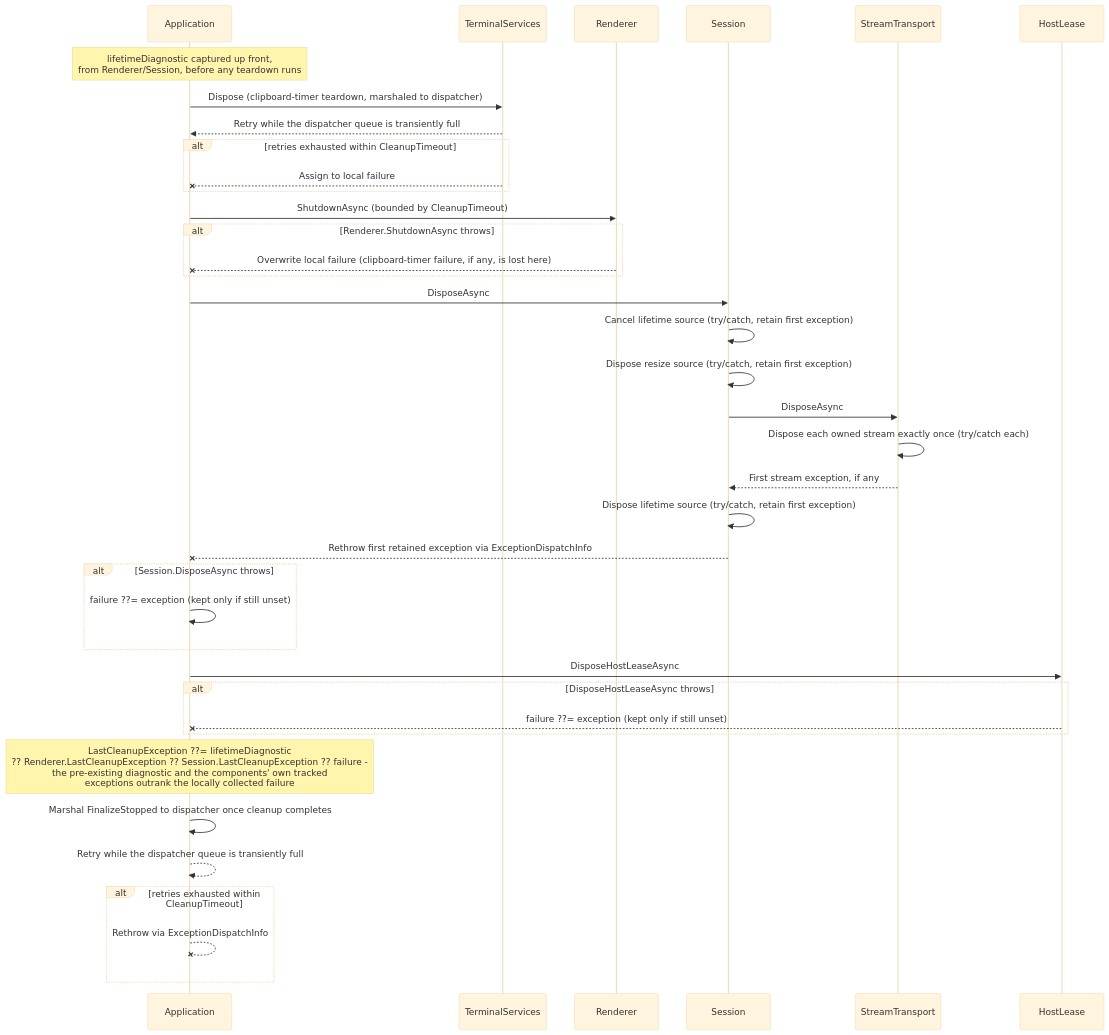
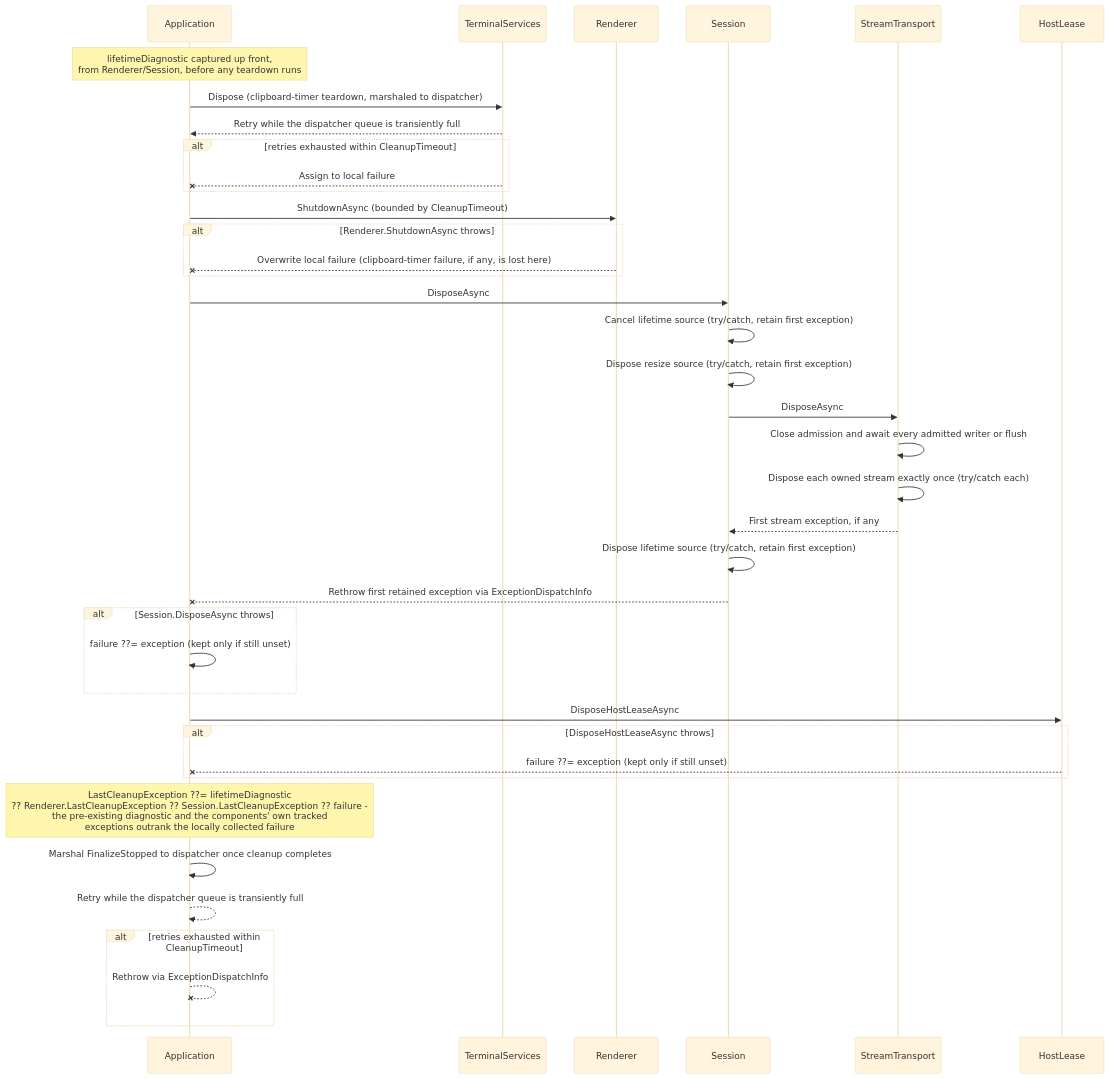
The third of 4 diagrams in docs/architecture/runtime-event-loop.md (pavkam/sharp-vision), drawn with Mermaid (base theme) before and after one commit. The commit also changed other lines of this file and 26 other files, not shown here.

````diff
--- a/docs/architecture/runtime-event-loop.md
+++ b/docs/architecture/runtime-event-loop.md
@@ -245,42 +245,43 @@
 ```mermaid
 sequenceDiagram
     participant Application
     participant TerminalServices
     participant Renderer
     participant Session
     participant StreamTransport
     participant HostLease
 
     Note over Application: lifetimeDiagnostic captured up front,<br/>from Renderer/Session, before any teardown runs
 
     Application->>TerminalServices: Dispose (clipboard-timer teardown, marshaled to dispatcher)
     TerminalServices-->>Application: Retry while the dispatcher queue is transiently full
     alt retries exhausted within CleanupTimeout
         TerminalServices--xApplication: Assign to local failure
     end
     Application->>Renderer: ShutdownAsync (bounded by CleanupTimeout)
     alt Renderer.ShutdownAsync throws
         Renderer--xApplication: Overwrite local failure (clipboard-timer failure, if any, is lost here)
     end
     Application->>Session: DisposeAsync
     Session->>Session: Cancel lifetime source (try/catch, retain first exception)
     Session->>Session: Dispose resize source (try/catch, retain first exception)
     Session->>StreamTransport: DisposeAsync
+    StreamTransport->>StreamTransport: Close admission and await every admitted writer or flush
     StreamTransport->>StreamTransport: Dispose each owned stream exactly once (try/catch each)
     StreamTransport-->>Session: First stream exception, if any
     Session->>Session: Dispose lifetime source (try/catch, retain first exception)
     Session--xApplication: Rethrow first retained exception via ExceptionDispatchInfo
     alt Session.DisposeAsync throws
         Application->>Application: failure ??= exception (kept only if still unset)
     end
     Application->>HostLease: DisposeHostLeaseAsync
     alt DisposeHostLeaseAsync throws
         HostLease--xApplication: failure ??= exception (kept only if still unset)
     end
     Note over Application: LastCleanupException ??= lifetimeDiagnostic<br/>?? Renderer.LastCleanupException ?? Session.LastCleanupException ?? failure -<br/>the pre-existing diagnostic and the components' own tracked<br/>exceptions outrank the locally collected failure
     Application->>Application: Marshal FinalizeStopped to dispatcher once cleanup completes
     Application-->>Application: Retry while the dispatcher queue is transiently full
     alt retries exhausted within CleanupTimeout
         Application--xApplication: Rethrow via ExceptionDispatchInfo
     end
 ```
````
